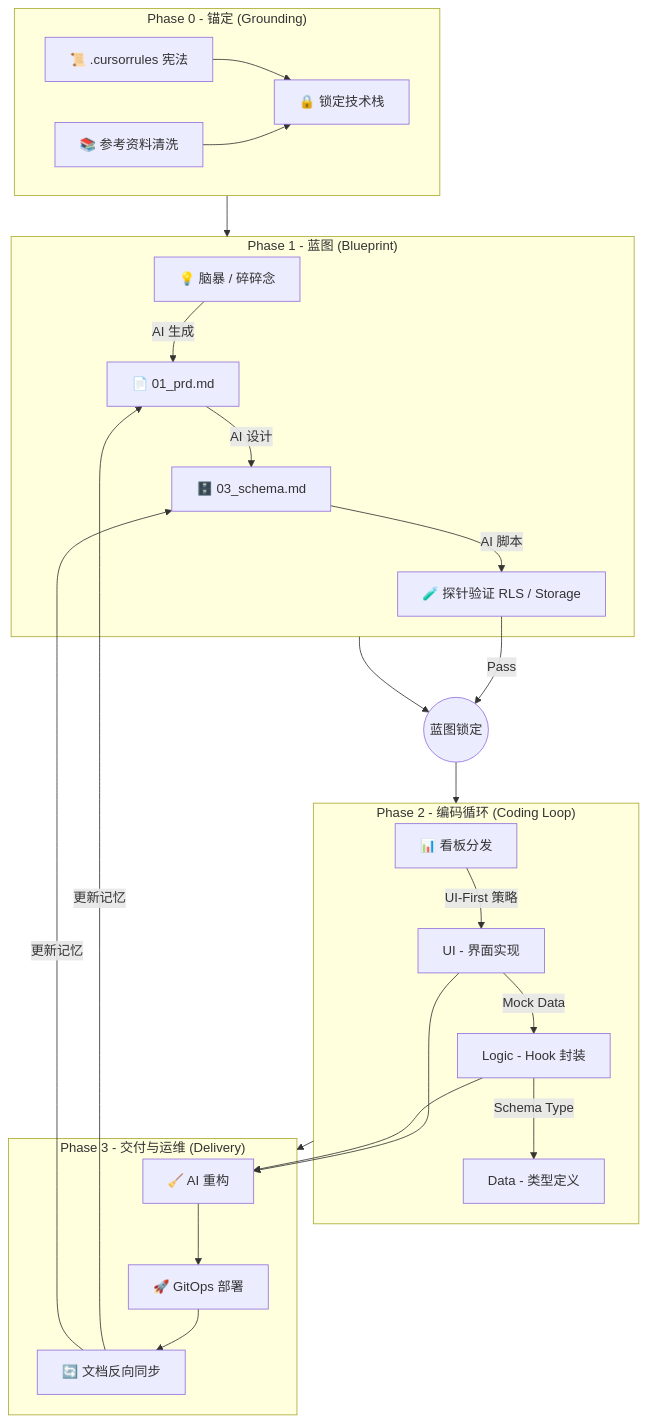
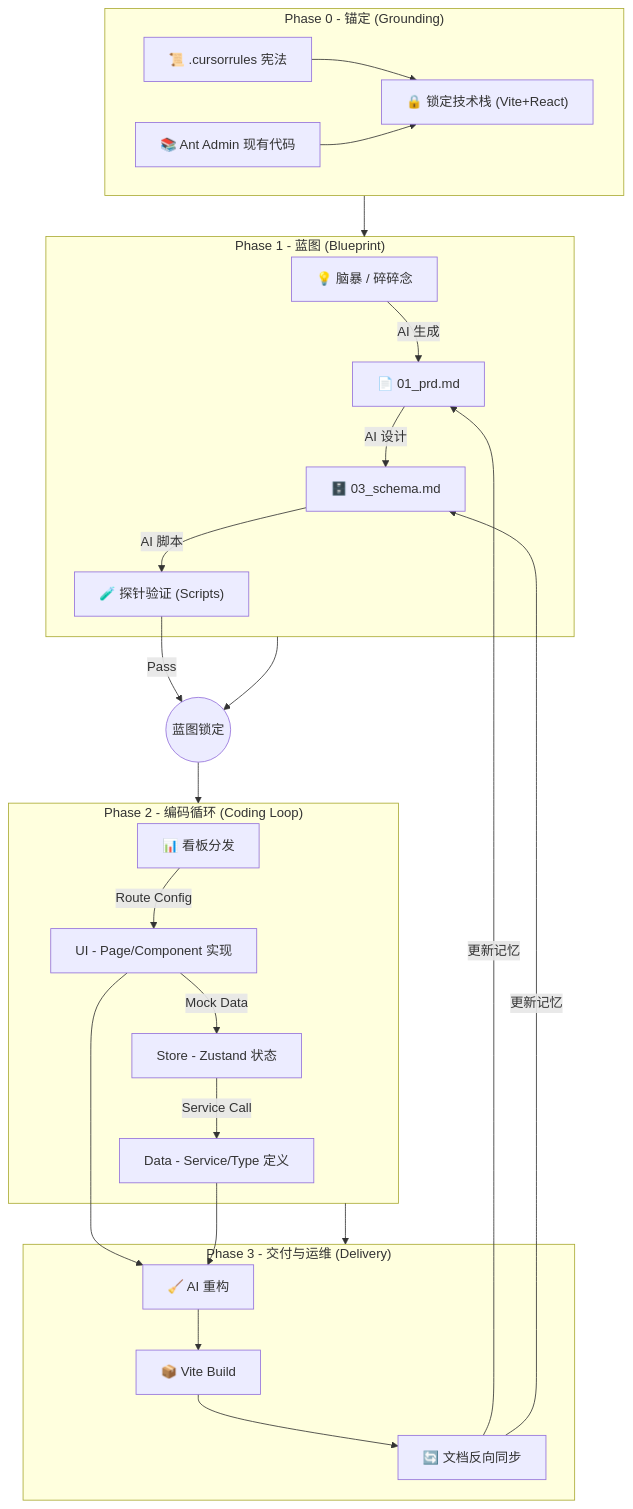
Before and after one commit to arsser/vibe-coding-starter: the diagram in human_only/小型软件 Vibe Coding 实施全案 (Supabase Edition).md, drawn with Mermaid. The commit also changed other lines of this file and 1 other file, not shown here.

````diff
--- a/human_only/小型软件 Vibe Coding 实施全案 (Supabase Edition).md
+++ b/human_only/小型软件 Vibe Coding 实施全案 (Supabase Edition).md
@@ -49,60 +42,59 @@
 ```mermaid
 graph TD
 
     %% 阶段 0: 锚定
     subgraph P0["Phase 0 - 锚定 (Grounding)"]
         Rules["📜 .cursorrules 宪法"]
-        Ref["📚 参考资料清洗"]
-        Stack["🔒 锁定技术栈"]
+        Ref["📚 Ant Admin 现有代码"]
+        Stack["🔒 锁定技术栈 (Vite+React)"]
         Rules --> Stack
         Ref --> Stack
     end
 
     %% 阶段 1: 蓝图
     subgraph P1["Phase 1 - 蓝图 (Blueprint)"]
         Idea["💡 脑暴 / 碎碎念"]
         PRD["📄 01_prd.md"]
         Schema["🗄️ 03_schema.md"]
-        Spike["🧪 探针验证 RLS / Storage"]
+        Spike["🧪 探针验证 (Scripts)"]
 
         Idea -->|AI 生成| PRD
         PRD -->|AI 设计| Schema
         Schema -->|AI 脚本| Spike
     end
 
     BlueprintReady(("蓝图锁定"))
 
     Spike -- Pass --> BlueprintReady
 
     %% 阶段 2: 编码
     subgraph P2["Phase 2 - 编码循环 (Coding Loop)"]
         Status["📊 看板分发"]
-        D["Data - 类型定义"]
-        L["Logic - Hook 封装"]
-        U["UI - 界面实现"]
+        D["Data - Service/Type 定义"]
+        S["Store - Zustand 状态"]
+        U["UI - Page/Component 实现"]
 
-        Status -->|UI-First 策略| U
-        U -->|Mock Data| L
-        L -->|Schema Type| D
+        Status -->|Route Config| U
+        U -->|Mock Data| S
+        S -->|Service Call| D
     end
 
     %% 阶段 3: 交付
     subgraph P3["Phase 3 - 交付与运维 (Delivery)"]
         Refactor["🧹 AI 重构"]
-        Deploy["🚀 GitOps 部署"]
+        Build["📦 Vite Build"]
         Sync["🔄 文档反向同步"]
 
         U --> Refactor
-        L --> Refactor
-        Refactor --> Deploy
-        Deploy --> Sync
+        D --> Refactor
+        Refactor --> Build
+        Build --> Sync
         Sync -->|更新记忆| PRD
         Sync -->|更新记忆| Schema
     end
 
     P0 --> P1
     P1 --> BlueprintReady
     BlueprintReady --> P2
     P2 --> P3
-
 ```
````
